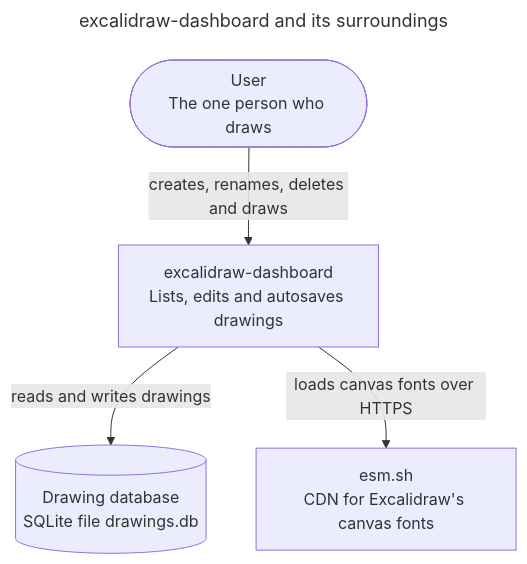
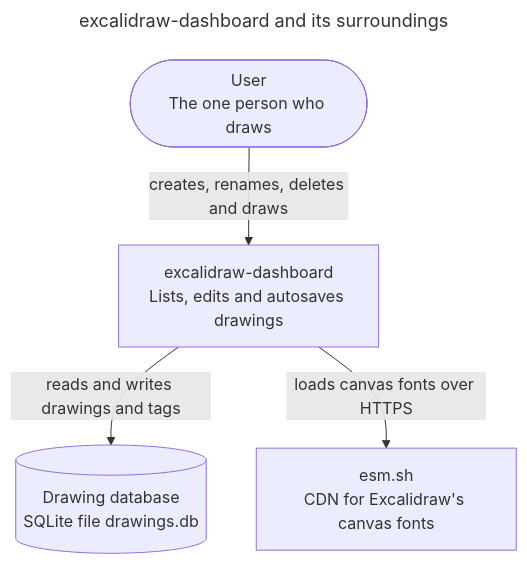
One commit to remshams/excalidraw-dashboard changed the first of 10 diagrams in docs/architecture/architecture.md. Above: the diagram before and after it, drawn with Mermaid. The commit also changed other lines of this file and 3 other files, not shown here.

First line of the commit message:
docs(Architecture): describe tags, the migrations and the tag API

````diff
--- a/docs/architecture/architecture.md
+++ b/docs/architecture/architecture.md
@@ -25,13 +35,13 @@
 ```mermaid
 ---
 title: excalidraw-dashboard and its surroundings
 ---
 flowchart TD
     user(["User<br>The one person who draws"]):::person
     dashboard["excalidraw-dashboard<br>Lists, edits and autosaves drawings"]:::system
     db[("Drawing database<br>SQLite file drawings.db")]:::store
     cdn["esm.sh<br>CDN for Excalidraw's canvas fonts"]:::external
     user -->|creates, renames, deletes and draws| dashboard
-    dashboard -->|reads and writes drawings| db
+    dashboard -->|reads and writes drawings and tags| db
     dashboard -->|loads canvas fonts over HTTPS| cdn
 ```
````
